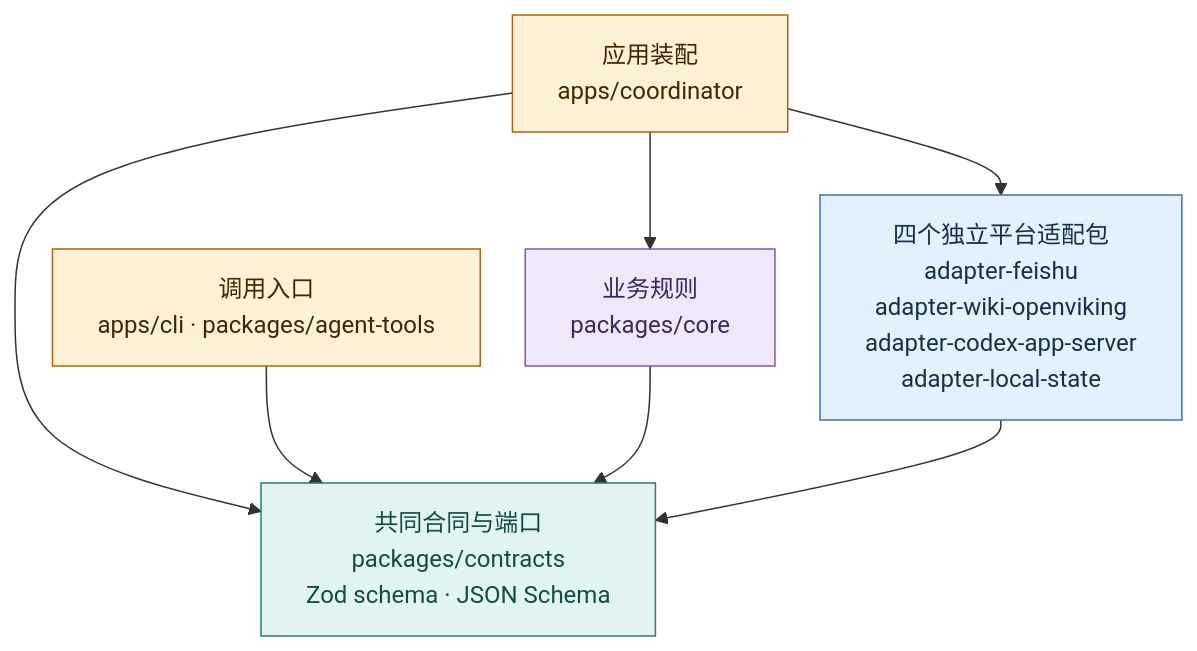
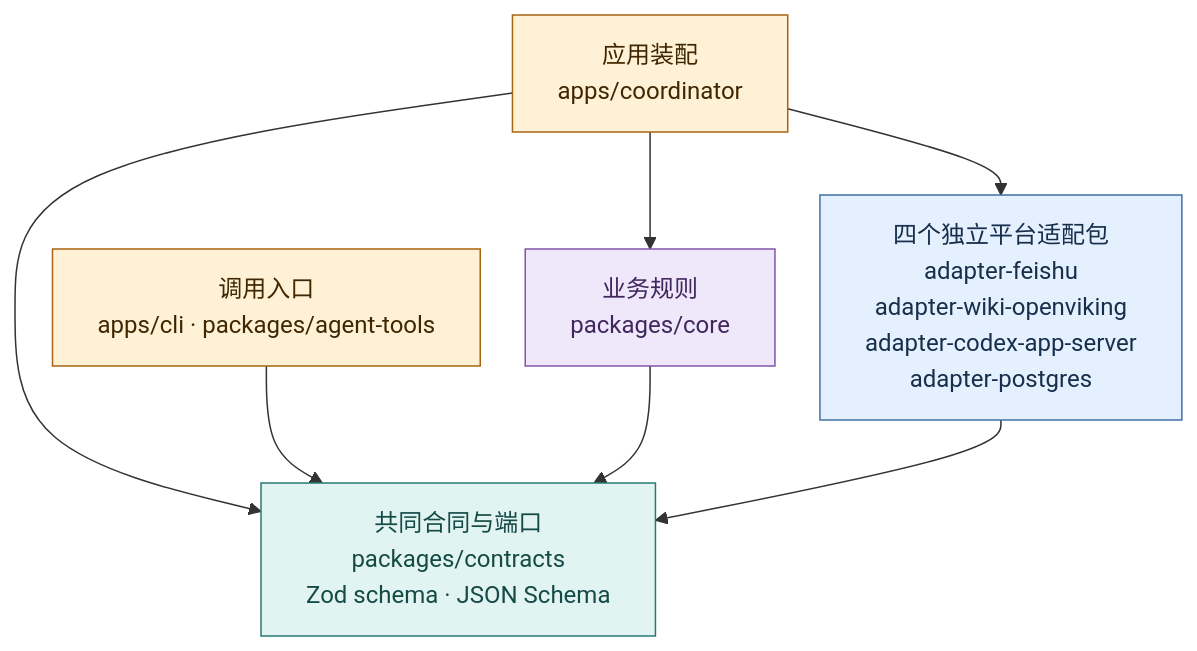
One commit to cyl19970726/evoLoop changed the first of 2 diagrams in docs/architecture/packages.md. Above: the diagram before and after it, drawn with Mermaid. The commit also changed other lines of this file and 7 other files, not shown here.

````diff
--- a/docs/architecture/packages.md
+++ b/docs/architecture/packages.md
@@ -11,19 +11,19 @@
 ```mermaid
 %%{init: {"flowchart":{"wrappingWidth":320,"nodeSpacing":30,"rankSpacing":42}}}%%
 flowchart TB
   D["应用装配<br/>apps/coordinator"]:::app
   C["调用入口<br/>apps/cli · packages/agent-tools"]:::app
   K["业务规则<br/>packages/core"]:::core
-  A["四个独立平台适配包<br/>adapter-feishu<br/>adapter-wiki-openviking<br/>adapter-codex-app-server<br/>adapter-local-state"]:::adapter
+  A["四个独立平台适配包<br/>adapter-feishu<br/>adapter-wiki-openviking<br/>adapter-codex-app-server<br/>adapter-postgres"]:::adapter
   P["共同合同与端口<br/>packages/contracts<br/>Zod schema · JSON Schema"]:::port
   D --> K
   D --> A
   D --> P
   C --> P
   K --> P
   A --> P
   classDef app fill:#FFF1D6,stroke:#A86412,color:#402700
   classDef core fill:#EFE7FA,stroke:#8056A8,color:#40275D
   classDef port fill:#E2F4F2,stroke:#297A73,color:#154B47
   classDef adapter fill:#E5F0FF,stroke:#4270A8,color:#172F4B
 ```
````
